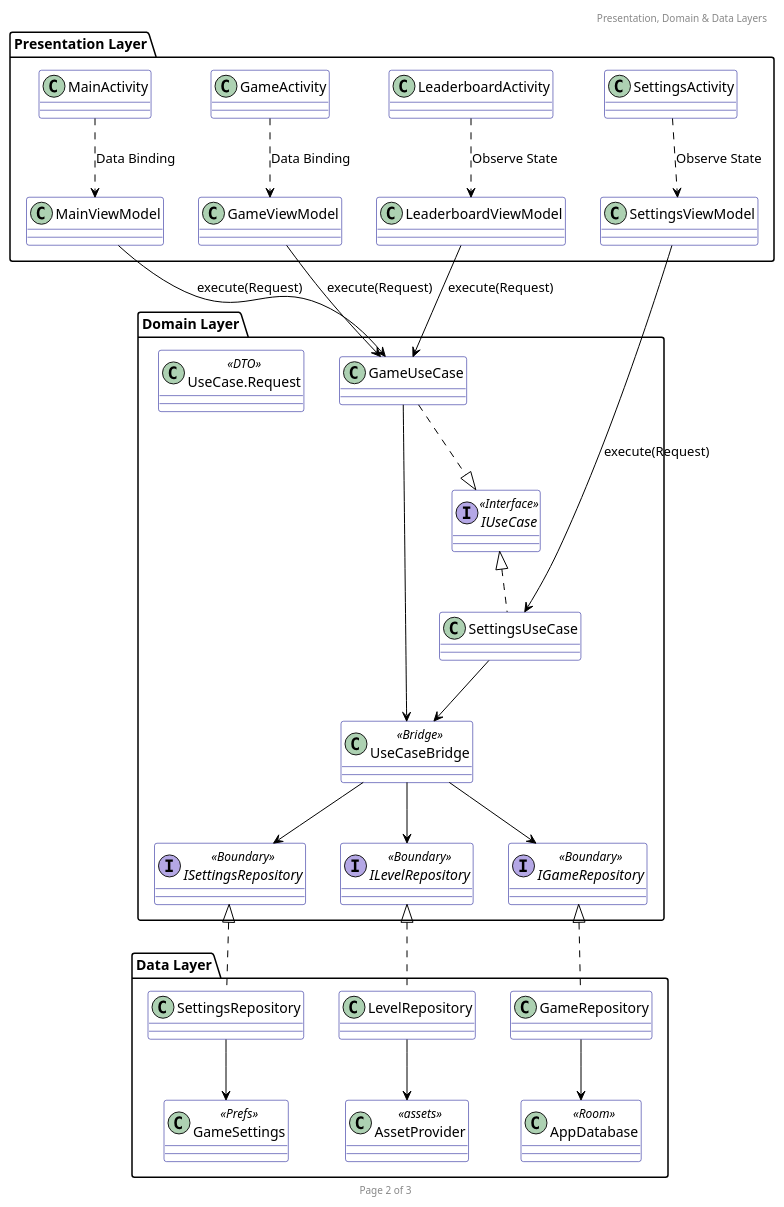
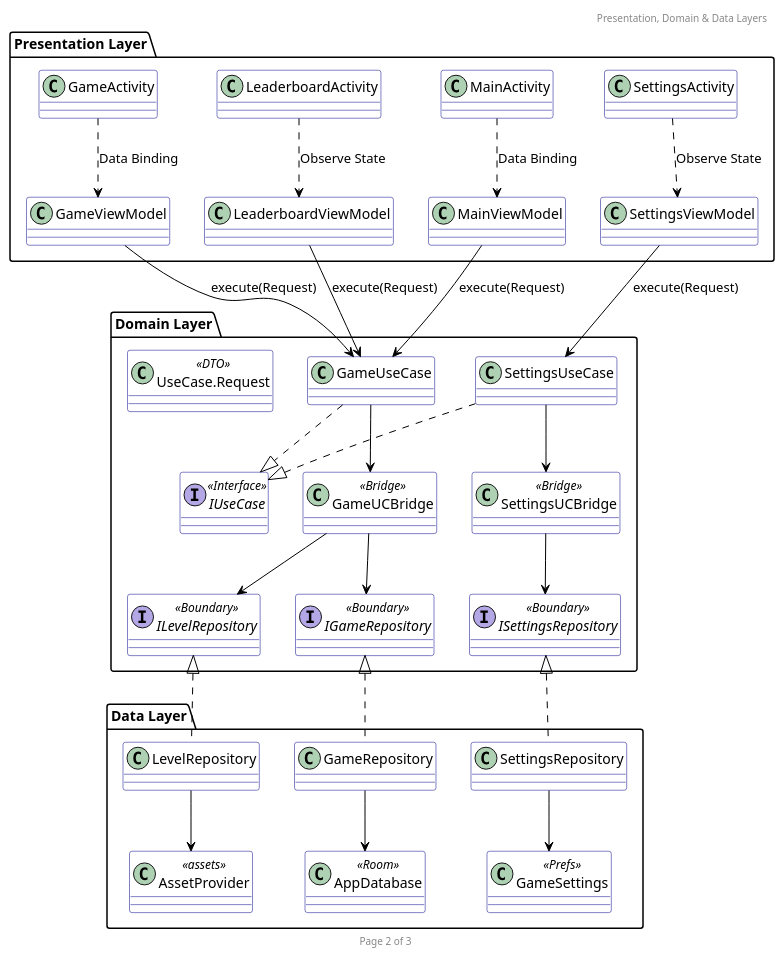
The second of 3 diagrams in Galaga/class_design.puml (doremichen/adam_game), drawn with PlantUML before and after one commit. The commit also changed other lines of this file, not shown here.

Commit message:
[Galaga]: update class design diagram

```diff
--- a/Galaga/class_design.puml
+++ b/Galaga/class_design.puml
@@ -19,81 +19,83 @@
 @startuml "App Architecture (Clean + MVVM)"
 header Presentation, Domain & Data Layers
 footer Page 2 of 3
 top to bottom direction
 
 skinparam class {
     BackgroundColor white
     ArrowColor Black
     BorderColor DarkBlue
 }
 
 package "Presentation Layer" {
     class MainActivity
     class MainViewModel
     class GameActivity
     class GameViewModel
     class LeaderboardActivity
     class LeaderboardViewModel
     class SettingsActivity
     class SettingsViewModel
 }
 
 package "Domain Layer" {
     interface IUseCase <<Interface>>
 
     class GameUseCase
     class SettingsUseCase
-    class UseCaseBridge <<Bridge>>
+
+    class GameUCBridge <<Bridge>>
+    class SettingsUCBridge <<Bridge>>
 
     interface IGameRepository <<Boundary>>
     interface ILevelRepository <<Boundary>>
     interface ISettingsRepository <<Boundary>>
 
     class "UseCase.Request" as UCR <<DTO>>
 }
 
 package "Data Layer" {
     class GameRepository
     class LevelRepository
     class SettingsRepository
 
     class AppDatabase <<Room>>
     class GameSettings <<Prefs>>
     class AssetProvider <<assets>>
 }
 
 ' Positioning (UI to VM)
 MainActivity .down.> MainViewModel : Data Binding
 GameActivity .down.> GameViewModel : Data Binding
 LeaderboardActivity .down.> LeaderboardViewModel : Observe State
 SettingsActivity .down.> SettingsViewModel : Observe State
 
 ' VM to UseCase Interaction
 MainViewModel -down-> GameUseCase : execute(Request)
 GameViewModel -down-> GameUseCase : execute(Request)
 LeaderboardViewModel -down-> GameUseCase : execute(Request)
 SettingsViewModel -down-> SettingsUseCase : execute(Request)
 
 ' UseCase Implementation
 GameUseCase ..|> IUseCase
-SettingsUseCase .up.|> IUseCase
+SettingsUseCase ..|> IUseCase
 
-GameUseCase -down-> UseCaseBridge
-SettingsUseCase -down-> UseCaseBridge
+GameUseCase -down-> GameUCBridge
+SettingsUseCase -down-> SettingsUCBridge
 
 ' Bridge to Repository Interfaces
-UseCaseBridge -down-> IGameRepository
-UseCaseBridge -down-> ILevelRepository
-UseCaseBridge -down-> ISettingsRepository
+GameUCBridge -down-> IGameRepository
+GameUCBridge -down-> ILevelRepository
+SettingsUCBridge -down-> ISettingsRepository
 
 ' Repository Interface Implementations
 GameRepository .up.|> IGameRepository
 LevelRepository .up.|> ILevelRepository
 SettingsRepository .up.|> ISettingsRepository
 
 ' Data Layer Logic
 GameRepository -down-> AppDatabase
 LevelRepository -down-> AssetProvider
 SettingsRepository -down-> GameSettings
 
 @enduml
```
